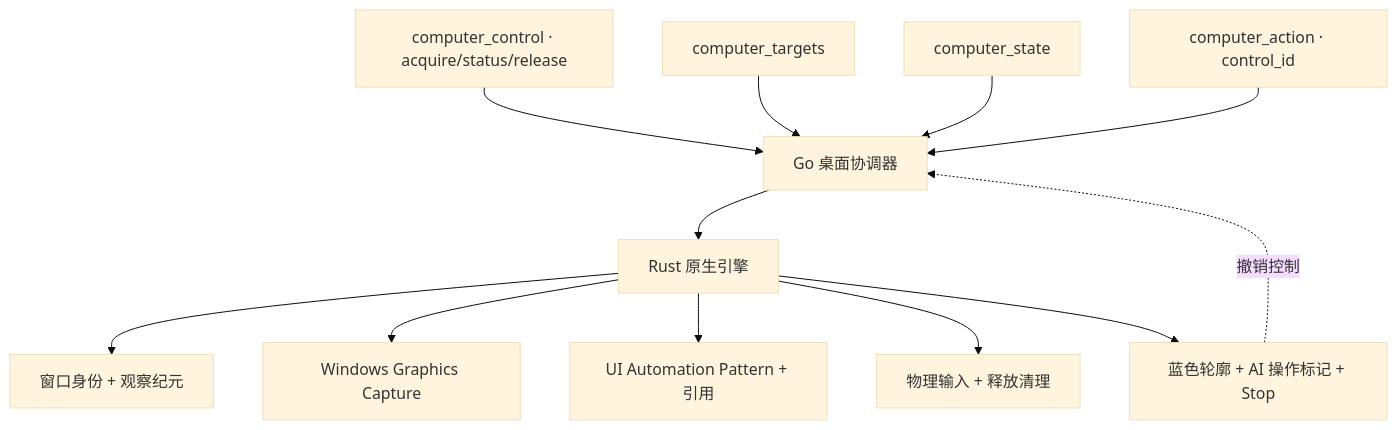
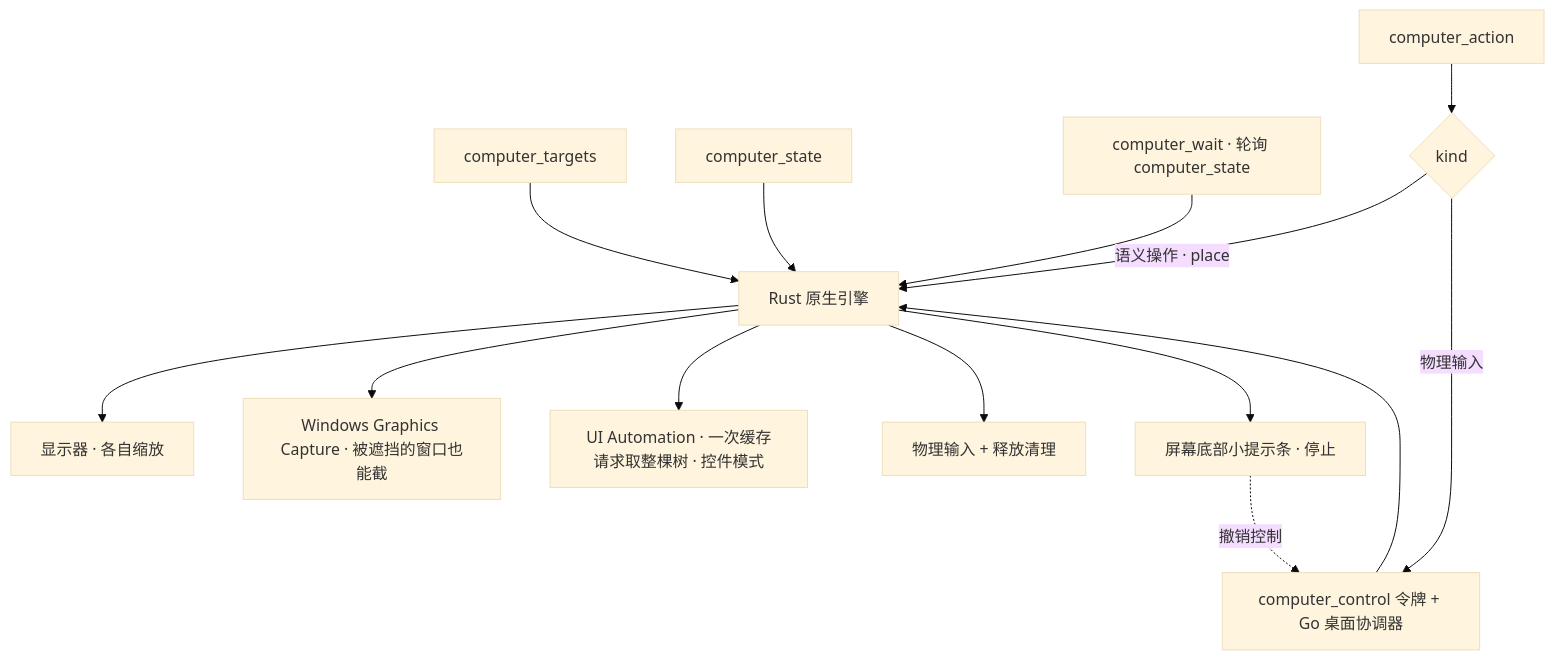
One commit to hicancan/local-runtime-mcp changed the sixth of 7 diagrams in README.zh-CN.md. Above: the diagram before and after it, drawn with Mermaid (base theme). The commit also changed other lines of this file and 20 other files, not shown here.

````diff
--- a/README.zh-CN.md
+++ b/README.zh-CN.md
@@ -211,14 +211,16 @@
 ```mermaid
 flowchart TB
-    Control[computer_control · acquire/status/release] --> Coordinator[Go 桌面协调器]
-    Targets[computer_targets] --> Coordinator
-    State[computer_state] --> Coordinator
-    Action[computer_action · control_id] --> Coordinator
-    Coordinator --> Worker[Rust 原生引擎]
-    Worker --> Identity[窗口身份 + 观察纪元]
-    Worker --> Capture[Windows Graphics Capture]
-    Worker --> UIA[UI Automation Pattern + 引用]
+    Targets[computer_targets] --> Worker[Rust 原生引擎]
+    State[computer_state] --> Worker
+    Wait[computer_wait · 轮询 computer_state] --> Worker
+    Action[computer_action] --> Kind{kind}
+    Kind -->|语义操作 · place| Worker
+    Kind -->|物理输入| Control[computer_control 令牌 + Go 桌面协调器]
+    Control --> Worker
+    Worker --> Displays[显示器 · 各自缩放]
+    Worker --> Capture[Windows Graphics Capture · 被遮挡的窗口也能截]
+    Worker --> UIA[UI Automation · 一次缓存请求取整棵树 · 控件模式]
     Worker --> Input[物理输入 + 释放清理]
-    Worker --> Overlay[蓝色轮廓 + AI 操作标记 + Stop]
-    Overlay -. 撤销控制 .-> Coordinator
+    Worker --> Pill[屏幕底部小提示条 · 停止]
+    Pill -. 撤销控制 .-> Control
 ```
````
